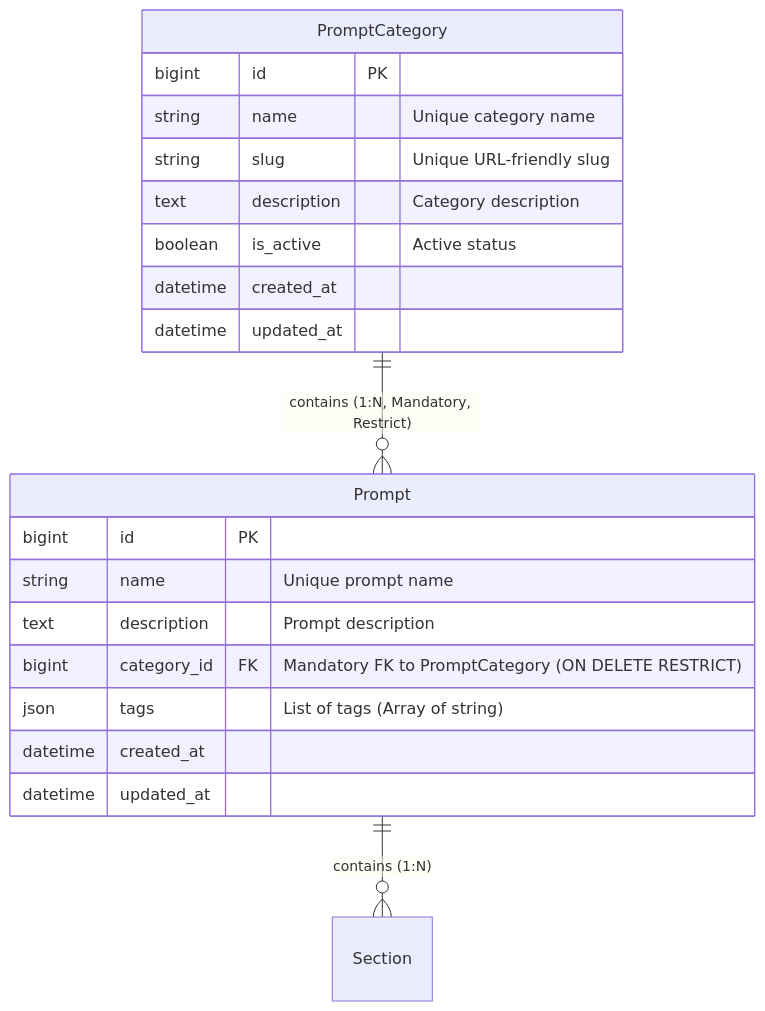
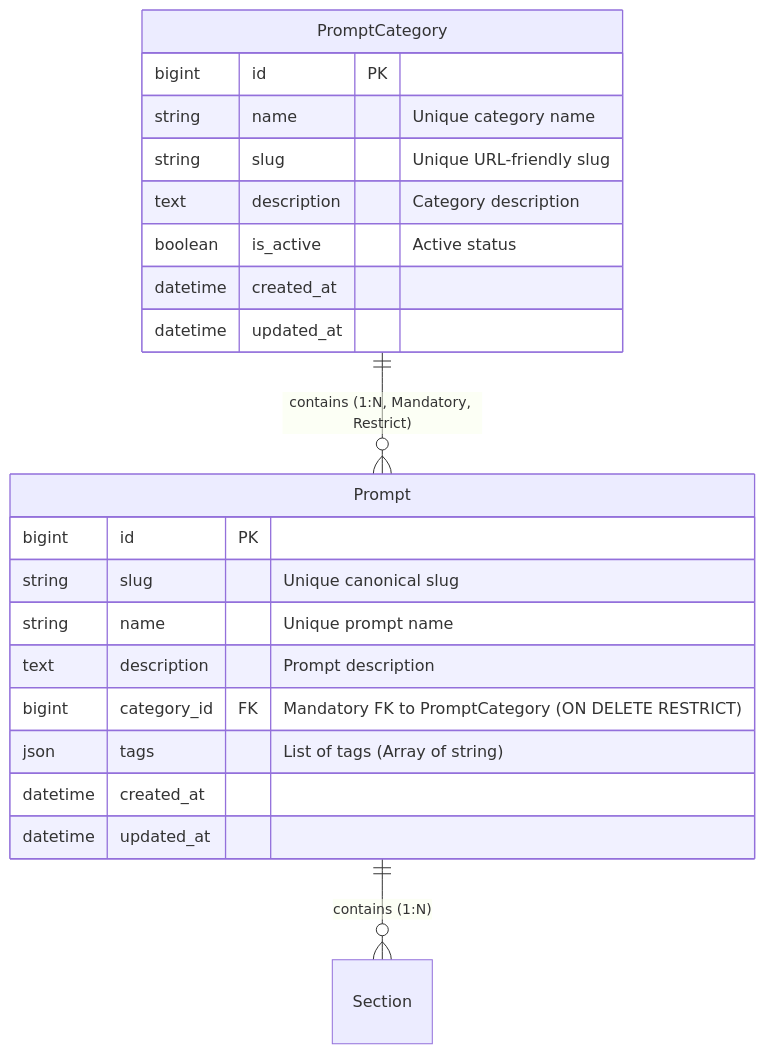
The diagram in specs/005-prompt-category-api/data-model.md (beyondVS/promptkit), drawn with Mermaid before and after one commit. The commit also changed other lines of this file and 1 other file, not shown here.

Commit message:
docs(spec): Prompt 모델 속성 명세에 slug 필드 복원
- spec.md 및 data-model.md 내 Prompt 엔티티 명세 표에 Prompt.slug 필드 명시적 복원 반영

````diff
--- a/specs/005-prompt-category-api/data-model.md
+++ b/specs/005-prompt-category-api/data-model.md
@@ -7,25 +7,26 @@
 ```mermaid
 erDiagram
     PromptCategory ||--o{ Prompt : "contains (1:N, Mandatory, Restrict)"
     Prompt ||--o{ Section : "contains (1:N)"
 
     PromptCategory {
         bigint id PK
         string name "Unique category name"
         string slug "Unique URL-friendly slug"
         text description "Category description"
         boolean is_active "Active status"
         datetime created_at
         datetime updated_at
     }
 
     Prompt {
         bigint id PK
+        string slug "Unique canonical slug"
         string name "Unique prompt name"
         text description "Prompt description"
         bigint category_id FK "Mandatory FK to PromptCategory (ON DELETE RESTRICT)"
         json tags "List of tags (Array of string)"
         datetime created_at
         datetime updated_at
     }
 ```
````
